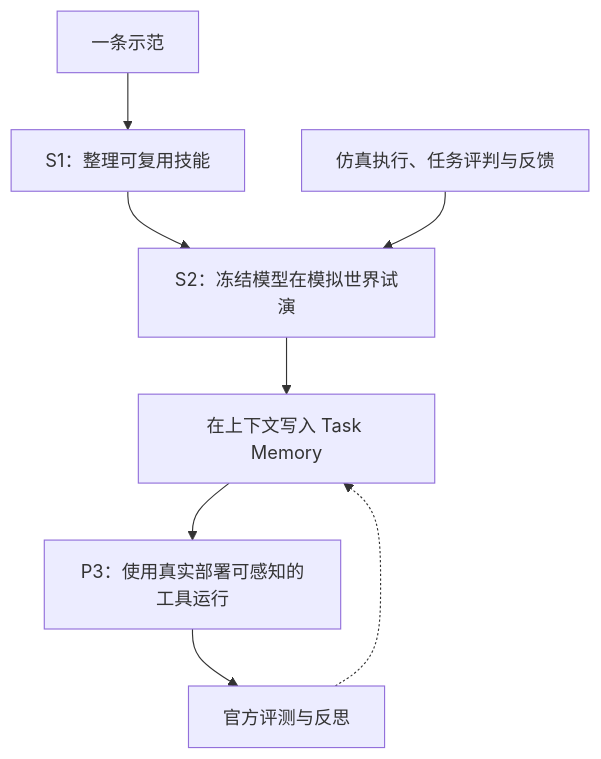
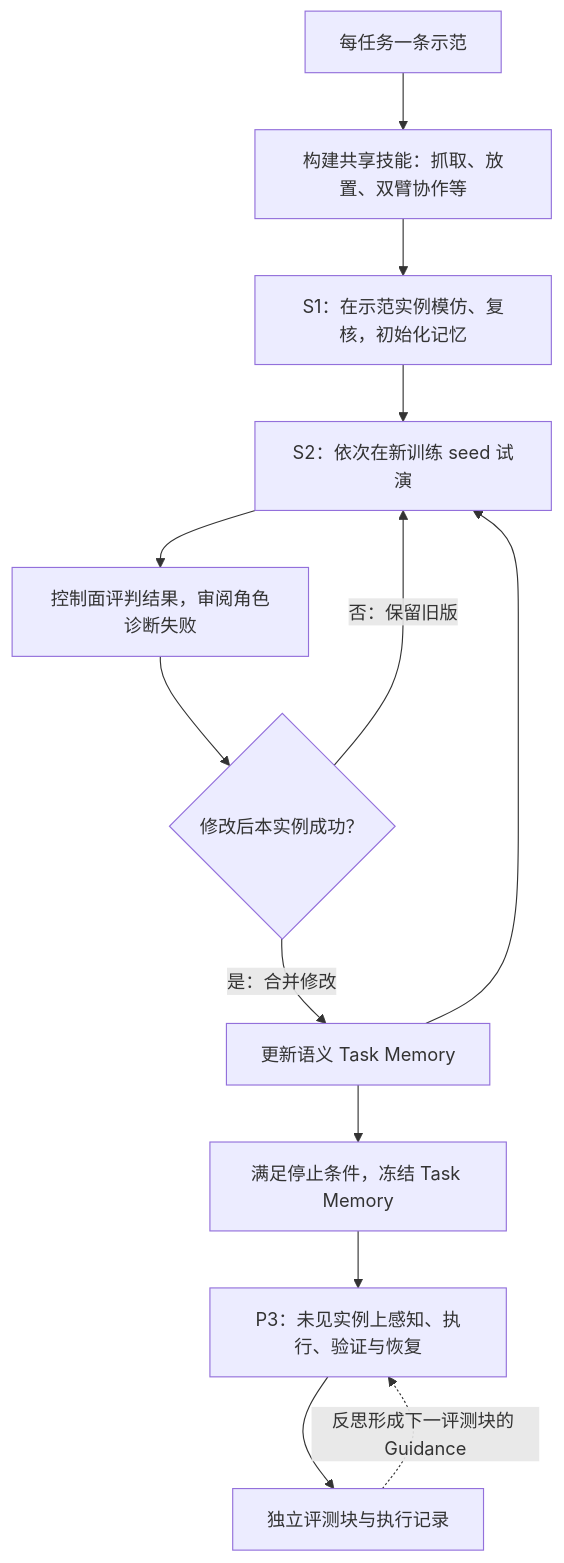
Before and after one commit to ImChong/Robotics_Notebooks: the first of 2 diagrams in wiki/entities/paper-world-in-context-learning-roboscript.md, drawn with Mermaid. The commit also changed other lines of this file, not shown here.

````diff
--- a/wiki/entities/paper-world-in-context-learning-roboscript.md
+++ b/wiki/entities/paper-world-in-context-learning-roboscript.md
@@ -43,10 +43,15 @@
 ```mermaid
 flowchart TD
-  D["一条示范"] --> S1["S1：整理可复用技能"]
-  S1 --> S2["S2：冻结模型在模拟世界试演"]
-  SIM["仿真执行、任务评判与反馈"] --> S2
-  S2 --> MEM["在上下文写入 Task Memory"]
-  MEM --> P3["P3：使用真实部署可感知的工具运行"]
-  P3 --> R["官方评测与反思"]
-  R -.-> MEM
+  D["每任务一条示范"] --> SK["构建共享技能：抓取、放置、双臂协作等"]
+  SK --> S1["S1：在示范实例模仿、复核，初始化记忆"]
+  S1 --> S2["S2：依次在新训练 seed 试演"]
+  S2 --> J["控制面评判结果，审阅角色诊断失败"]
+  J --> V{"修改后本实例成功？"}
+  V -- "是：合并修改" --> MEM["更新语义 Task Memory"]
+  V -- "否：保留旧版" --> S2
+  MEM --> S2
+  MEM --> F["满足停止条件，冻结 Task Memory"]
+  F --> P3["P3：未见实例上感知、执行、验证与恢复"]
+  P3 --> R["独立评测块与执行记录"]
+  R -. "反思形成下一评测块的 Guidance" .-> P3
 ```
````
